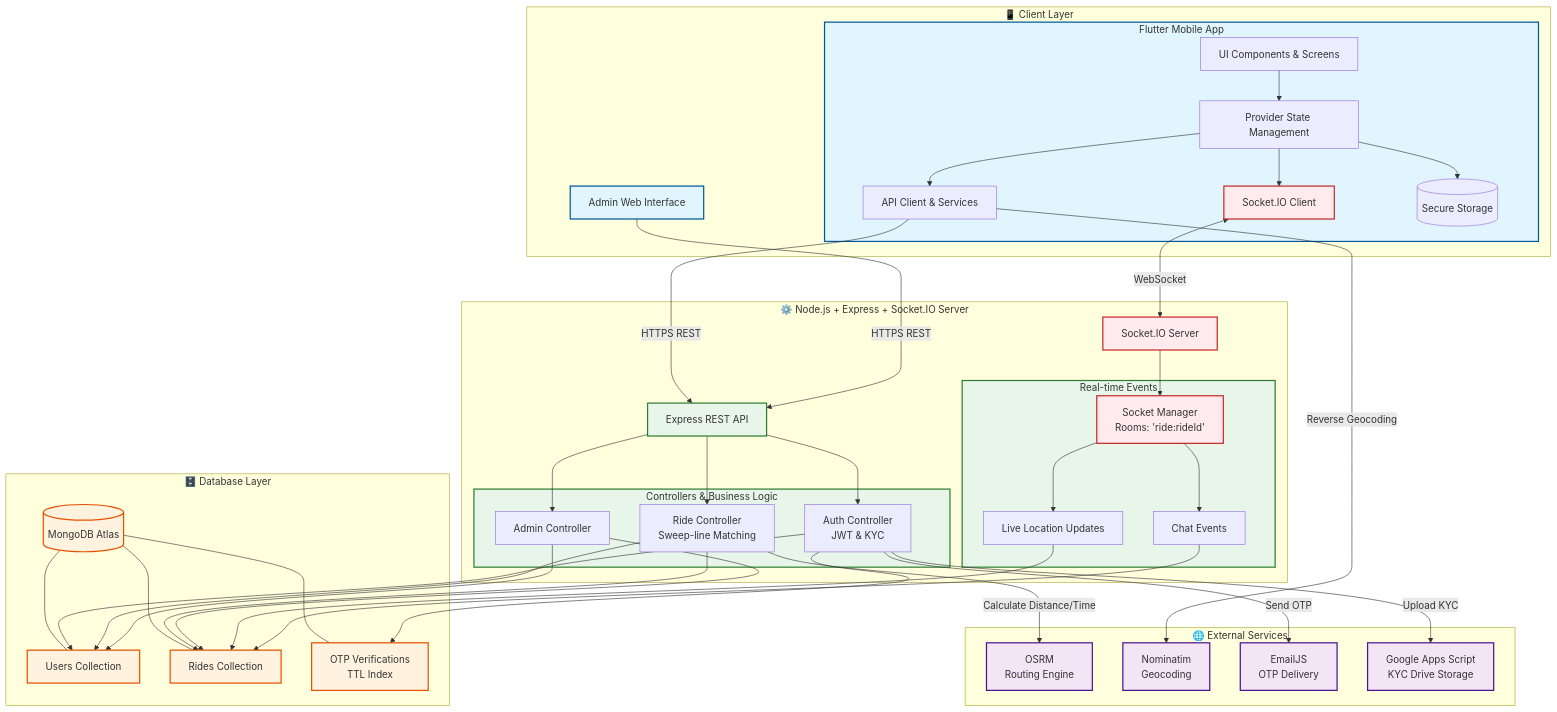
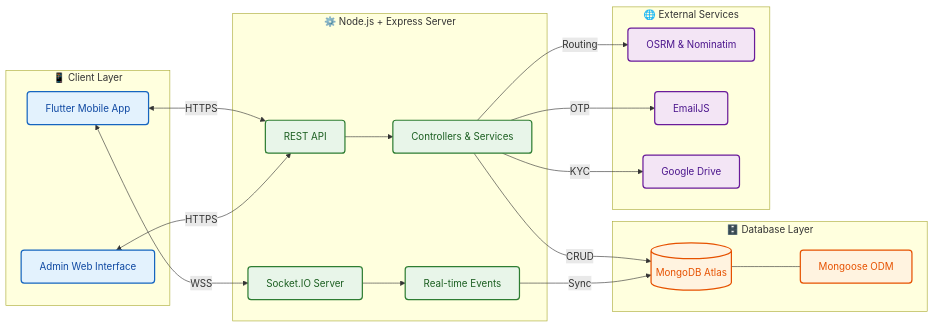
One commit to priyanshusharan-cmd/ridify changed the diagram in README.md. Above: the diagram before and after it, drawn with Mermaid.

Commit message:
docs: beautify architecture diagram with LR layout and cleaner styling

````diff
--- a/README.md
+++ b/README.md
@@ -91,95 +91,53 @@
 ```mermaid
-graph TD
-    %% Styling
-    classDef client fill:#e1f5fe,stroke:#01579b,stroke-width:2px;
-    classDef backend fill:#e8f5e9,stroke:#2e7d32,stroke-width:2px;
-    classDef db fill:#fff3e0,stroke:#e65100,stroke-width:2px;
-    classDef external fill:#f3e5f5,stroke:#4a148c,stroke-width:2px;
-    classDef socket fill:#ffebee,stroke:#c62828,stroke-width:2px;
+graph LR
+    %% Theming
+    classDef client fill:#E3F2FD,stroke:#1565C0,stroke-width:2px,color:#0D47A1,rx:5,ry:5
+    classDef backend fill:#E8F5E9,stroke:#2E7D32,stroke-width:2px,color:#1B5E20,rx:5,ry:5
+    classDef db fill:#FFF3E0,stroke:#E65100,stroke-width:2px,color:#E65100,rx:5,ry:5
+    classDef external fill:#F3E5F5,stroke:#6A1B9A,stroke-width:2px,color:#4A148C,rx:5,ry:5
 
     subgraph ClientLayer [📱 Client Layer]
-        subgraph FlutterApp [Flutter Mobile App]
-            UI[UI Components & Screens]
-            State[Provider State Management]
-            APIClient[API Client & Services]
-            SocketClient[Socket.IO Client]
-            LocalDB[(Secure Storage)]
-            
-            UI --> State
-            State --> APIClient
-            State --> SocketClient
-            State --> LocalDB
-        end
+        Flutter[Flutter Mobile App]
         Admin[Admin Web Interface]
     end
 
-    subgraph BackendLayer [⚙️ Node.js + Express + Socket.IO Server]
-        REST[Express REST API]
+    subgraph BackendLayer [⚙️ Node.js + Express Server]
+        API[REST API]
         WSS[Socket.IO Server]
+        Logic[Controllers & Services]
+        Sockets[Real-time Events]
         
-        subgraph Controllers [Controllers & Business Logic]
-            AuthCtrl[Auth Controller<br/>JWT & KYC]
-            RideCtrl[Ride Controller<br/>Sweep-line Matching]
-            AdminCtrl[Admin Controller]
-        end
-        
-        subgraph SocketServices [Real-time Events]
-            SocketManager[Socket Manager<br/>Rooms: 'ride:rideId']
-            ChatService[Chat Events]
-            LiveTracking[Live Location Updates]
-        end
-        
-        REST --> AuthCtrl
-        REST --> RideCtrl
-        REST --> AdminCtrl
-        
-        WSS --> SocketManager
-        SocketManager --> ChatService
-        SocketManager --> LiveTracking
+        API --> Logic
+        WSS --> Sockets
     end
 
     subgraph DataLayer [🗄️ Database Layer]
-        MongoDB[(MongoDB Atlas)]
-        UserColl[Users Collection]
-        RideColl[Rides Collection]
-        OTPColl[OTP Verifications<br/>TTL Index]
-        
-        MongoDB --- UserColl
-        MongoDB --- RideColl
-        MongoDB --- OTPColl
+        DB[(MongoDB Atlas)]
+        Models[Mongoose ODM]
+        DB --- Models
     end
 
     subgraph ExternalLayer [🌐 External Services]
-        OSRM[OSRM<br/>Routing Engine]
-        Nominatim[Nominatim<br/>Geocoding]
-        EmailJS[EmailJS<br/>OTP Delivery]
-        GScript[Google Apps Script<br/>KYC Drive Storage]
+        Maps[OSRM & Nominatim]
+        SMTP[EmailJS]
+        Storage[Google Drive]
     end
 
     %% Connections
-    APIClient -->|HTTPS REST| REST
-    Admin -->|HTTPS REST| REST
-    SocketClient <-->|WebSocket| WSS
+    Flutter <-->|HTTPS| API
+    Flutter <-->|WSS| WSS
+    Admin <-->|HTTPS| API
 
-    AuthCtrl --> OTPColl
-    AuthCtrl --> UserColl
-    RideCtrl --> RideColl
-    RideCtrl --> UserColl
-    AdminCtrl --> UserColl
-    AdminCtrl --> RideColl
+    Logic -->|CRUD| DB
+    Sockets -->|Sync| DB
     
-    LiveTracking --> RideColl
-    ChatService --> RideColl
-    
-    RideCtrl -->|Calculate Distance/Time| OSRM
-    APIClient -->|Reverse Geocoding| Nominatim
-    AuthCtrl -->|Send OTP| EmailJS
-    AuthCtrl -->|Upload KYC| GScript
+    Logic -->|Routing| Maps
+    Logic -->|OTP| SMTP
+    Logic -->|KYC| Storage
 
     %% Apply Classes
-    class FlutterApp,Admin client;
-    class REST,WSS,Controllers,SocketServices backend;
-    class MongoDB,UserColl,RideColl,OTPColl db;
-    class OSRM,Nominatim,EmailJS,GScript external;
-    class SocketClient,WSS,SocketManager socket;
+    class Flutter,Admin client;
+    class API,WSS,Logic,Sockets backend;
+    class DB,Models db;
+    class Maps,SMTP,Storage external;
 ```
````
